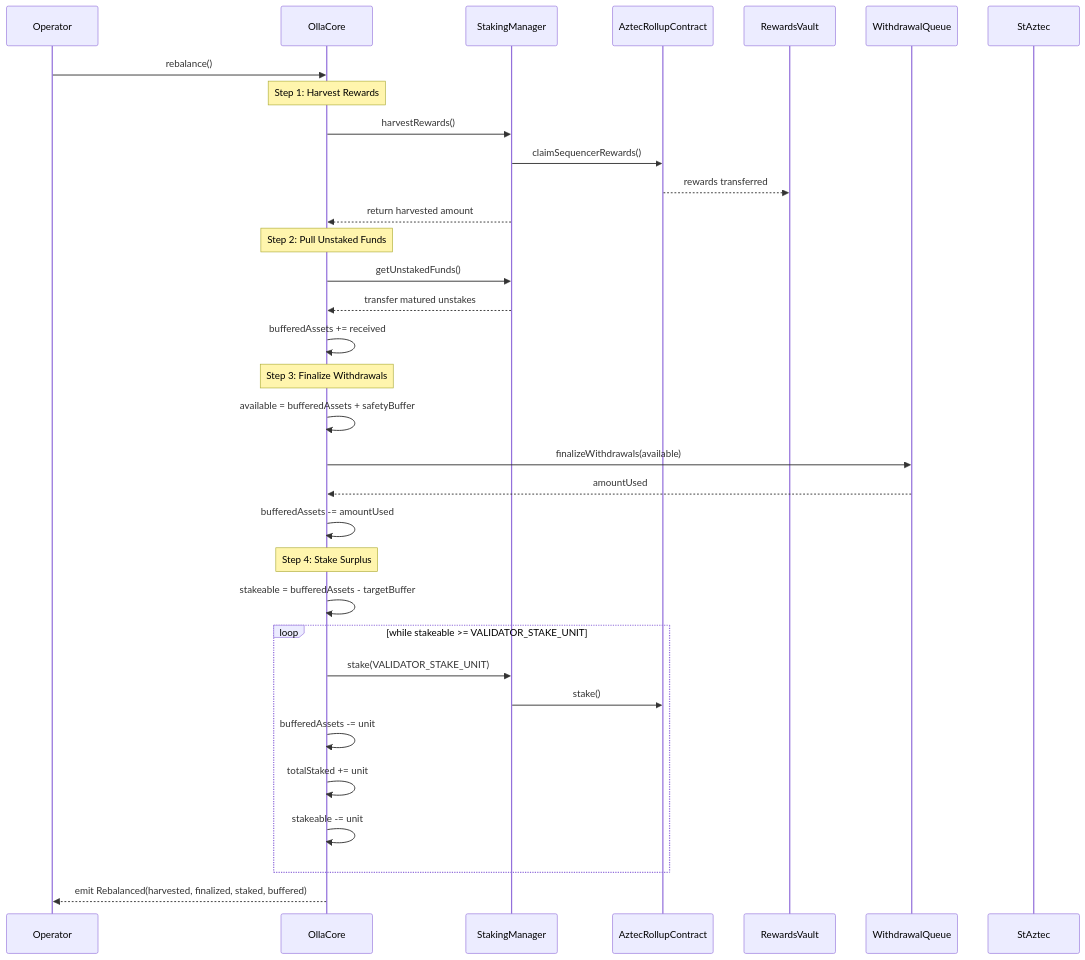
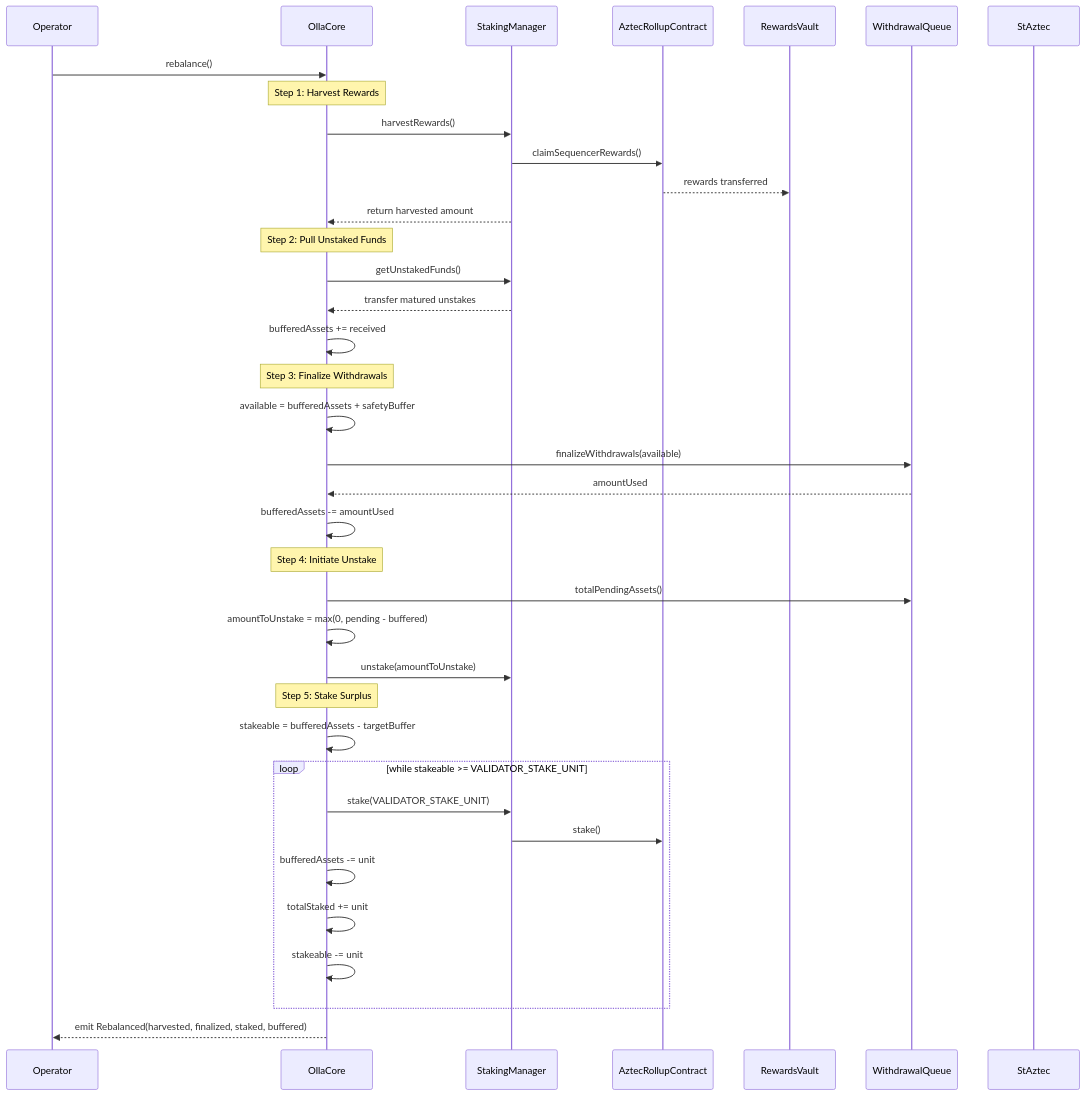
One commit to ollafinance/core changed the diagram in .opencode/plans/rebalance-plan.md. Above: the diagram before and after it, drawn with Mermaid. The commit also changed other lines of this file and 6 other files, not shown here.

Commit message:
update plan to add unstake step and reorder

````diff
--- a/.opencode/plans/rebalance-plan.md
+++ b/.opencode/plans/rebalance-plan.md
@@ -39,41 +42,46 @@
 ```mermaid
 sequenceDiagram
     participant OP as Operator
     participant C as OllaCore
     participant SM as StakingManager
     participant AR as AztecRollupContract
     participant RV as RewardsVault
     participant WQ as WithdrawalQueue
     participant ST as StAztec
 
     OP->>C: rebalance()
     
     Note over C: Step 1: Harvest Rewards
     C->>SM: harvestRewards()
     SM->>AR: claimSequencerRewards()
     AR-->>RV: rewards transferred
     SM-->>C: return harvested amount
     
     Note over C: Step 2: Pull Unstaked Funds
     C->>SM: getUnstakedFunds()
     SM-->>C: transfer matured unstakes
     C->>C: bufferedAssets += received
-    
+
     Note over C: Step 3: Finalize Withdrawals
     C->>C: available = bufferedAssets + safetyBuffer
     C->>WQ: finalizeWithdrawals(available)
     WQ-->>C: amountUsed
     C->>C: bufferedAssets -= amountUsed
-    
-    Note over C: Step 4: Stake Surplus
+
+    Note over C: Step 4: Initiate Unstake
+    C->>WQ: totalPendingAssets()
+    C->>C: amountToUnstake = max(0, pending - buffered)
+    C->>SM: unstake(amountToUnstake)
+
+    Note over C: Step 5: Stake Surplus
     C->>C: stakeable = bufferedAssets - targetBuffer
     loop while stakeable >= VALIDATOR_STAKE_UNIT
         C->>SM: stake(VALIDATOR_STAKE_UNIT)
         SM->>AR: stake()
         C->>C: bufferedAssets -= unit
         C->>C: totalStaked += unit
         C->>C: stakeable -= unit
     end
     
     C-->>OP: emit Rebalanced(harvested, finalized, staked, buffered)
 ```
````
